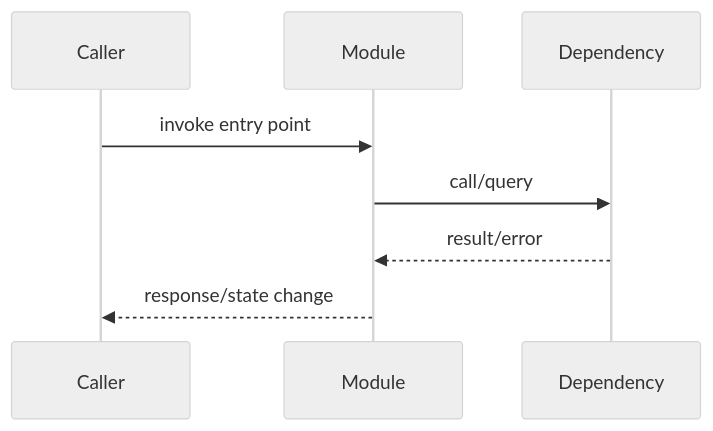
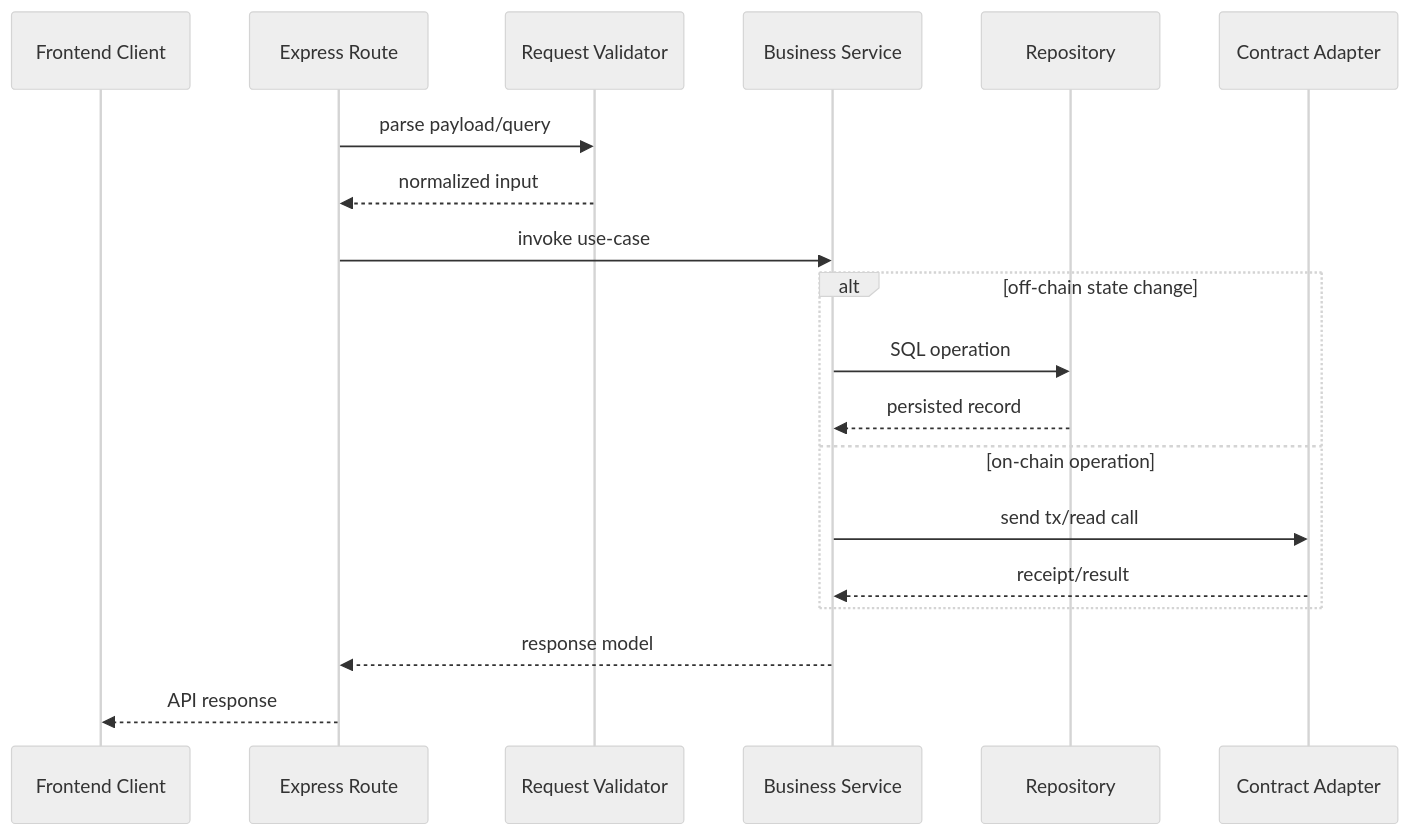
The third of 8 diagrams in docs/auth-routes.js.md (ahmedelbamby-aast/ScholarshipDisbursement), drawn with Mermaid (neutral theme) before and after one commit. The commit also changed 79 other files, not shown here.

````diff
--- a/docs/auth-routes.js.md
+++ b/docs/auth-routes.js.md
@@ -73,10 +73,21 @@
 ```mermaid
 sequenceDiagram
-  participant Caller
-  participant Module
-  participant Dependency
-  Caller->>Module: invoke entry point
-  Module->>Dependency: call/query
-  Dependency-->>Module: result/error
-  Module-->>Caller: response/state change
+  participant Client as Frontend Client
+  participant Route as Express Route
+  participant Validator as Request Validator
+  participant Service as Business Service
+  participant Repo as Repository
+  participant Chain as Contract Adapter
+  Route->>Validator: parse payload/query
+  Validator-->>Route: normalized input
+  Route->>Service: invoke use-case
+  alt off-chain state change
+    Service->>Repo: SQL operation
+    Repo-->>Service: persisted record
+  else on-chain operation
+    Service->>Chain: send tx/read call
+    Chain-->>Service: receipt/result
+  end
+  Service-->>Route: response model
+  Route-->>Client: API response
 ```
````
